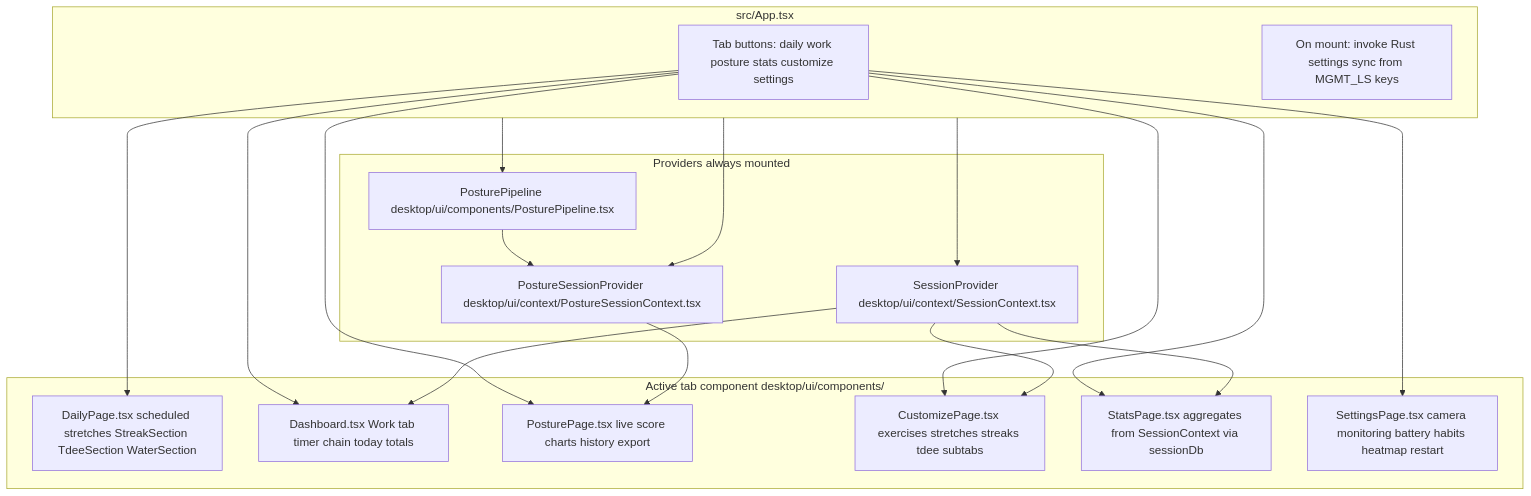
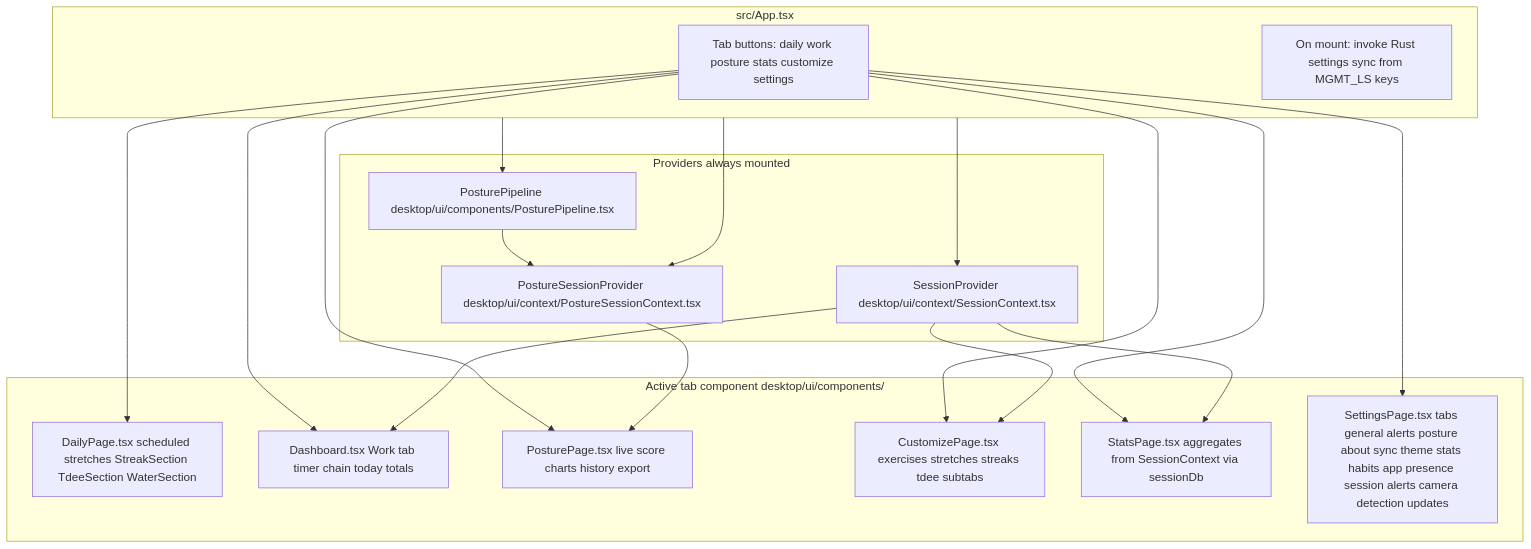
The first of 3 diagrams in docs/ARCHITECTURE.md (jdserenity/management), drawn with Mermaid before and after one commit. The commit also changed other lines of this file and 11 other files, not shown here.

First line of the commit message:
Reorganize settings into tabs and shared cards.

````diff
--- a/docs/ARCHITECTURE.md
+++ b/docs/ARCHITECTURE.md
@@ -77,34 +77,34 @@
 ```mermaid
 flowchart TB
   subgraph app["src/App.tsx"]
     nav["Tab buttons: daily work posture stats customize settings"]
     boot["On mount: invoke Rust settings sync from MGMT_LS keys"]
   end
   subgraph providers["Providers always mounted"]
     SP["SessionProvider desktop/ui/context/SessionContext.tsx"]
     PSP["PostureSessionProvider desktop/ui/context/PostureSessionContext.tsx"]
     PL["PosturePipeline desktop/ui/components/PosturePipeline.tsx"]
   end
   subgraph tabs["Active tab component desktop/ui/components/"]
     Daily["DailyPage.tsx scheduled stretches StreakSection TdeeSection WaterSection"]
     D["Dashboard.tsx Work tab timer chain today totals"]
     PPg["PosturePage.tsx live score charts history export"]
     CW["CustomizePage.tsx exercises stretches streaks tdee subtabs"]
     ST["StatsPage.tsx aggregates from SessionContext via sessionDb"]
-    SE["SettingsPage.tsx camera monitoring battery habits heatmap restart"]
+    SE["SettingsPage.tsx tabs general alerts posture about sync theme stats habits app presence session alerts camera detection updates"]
   end
   nav --> Daily
   nav --> D
   nav --> PPg
   nav --> CW
   nav --> ST
   nav --> SE
   app --> SP
   app --> PSP
   app --> PL
   SP --> D
   SP --> CW
   SP --> ST
   PSP --> PPg
   PL --> PSP
 ```
````
